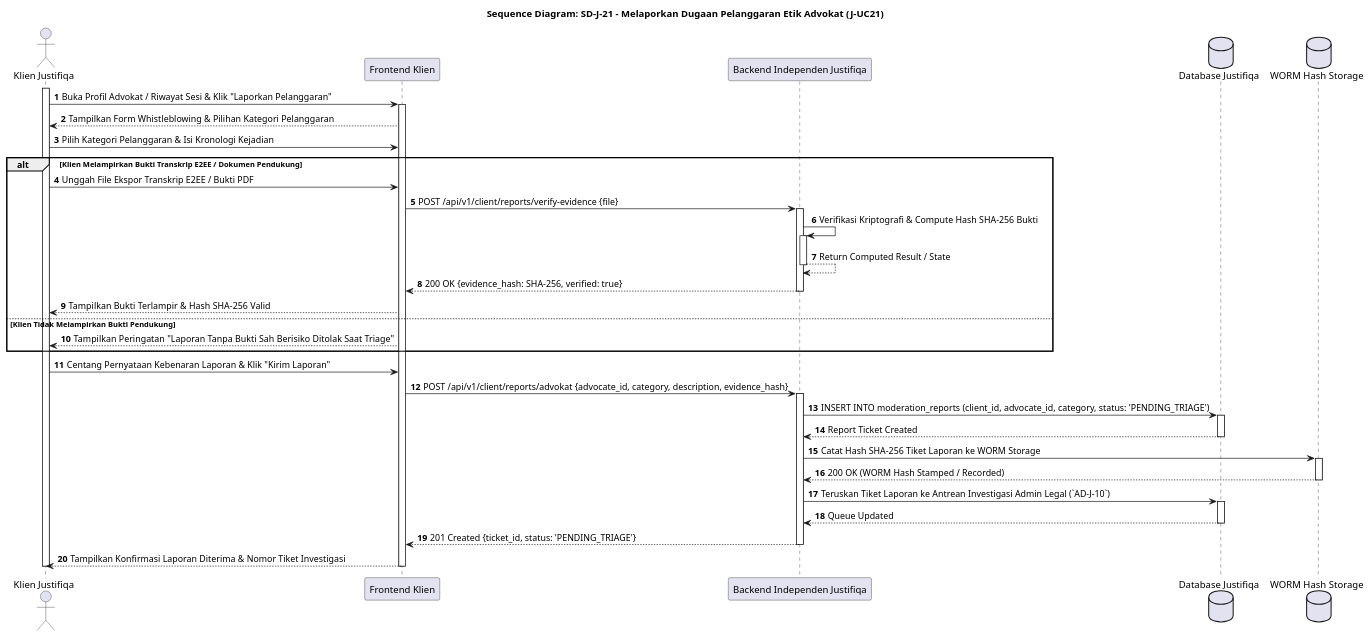
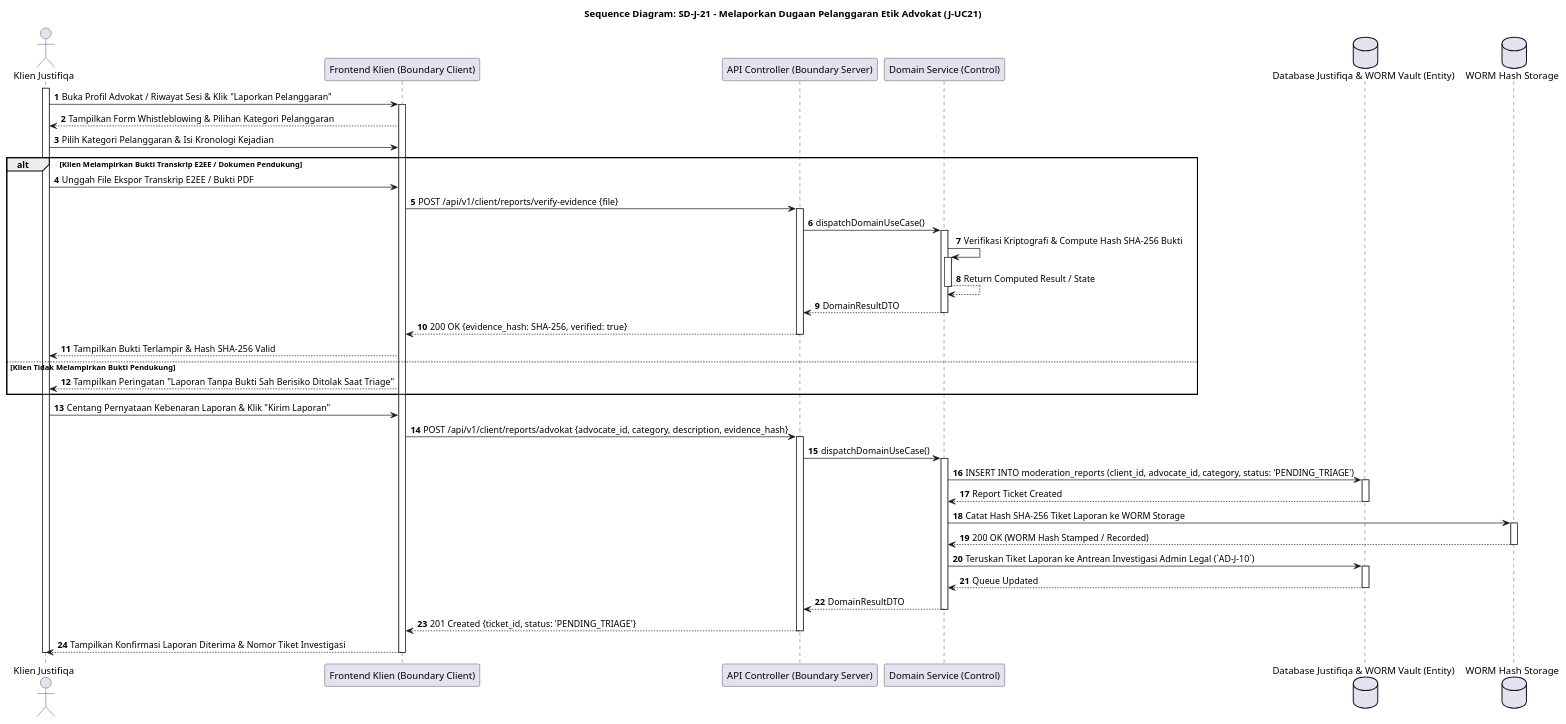
Diagram 14 of 28 in MarkDown/plantuml_sequence_diagrams.md (tupperwureism/SuperApp-Gagal), drawn with PlantUML before and after one commit. The commit also changed other lines of this file and 1 other file, not shown here.

Commit message:
refactor(sequence-diagrams): upgrade all 28 Sequence Diagrams to Component-Level 5-Lifeline BCE Architecture

````diff
--- a/MarkDown/plantuml_sequence_diagrams.md
+++ b/MarkDown/plantuml_sequence_diagrams.md
@@ -1112,40 +929,46 @@
 ```plantuml
 @startuml
 title Sequence Diagram: SD-J-21 - Melaporkan Dugaan Pelanggaran Etik Advokat (J-UC21)
 autonumber
 actor "Klien Justifiqa" as Klien
-participant "Frontend Klien" as FE
-participant "Backend Independen Justifiqa" as BE
-database "Database Justifiqa" as DB
+participant "Frontend Klien (Boundary Client)" as B_FE
+participant "API Controller (Boundary Server)" as B_BE
+participant "Domain Service (Control)" as C_Svc
+participant "Backend Independen Justifiqa" as C_Svc
+database "Database Justifiqa & WORM Vault (Entity)" as E_DB
 database "WORM Hash Storage" as WORM
 
 activate Klien
-Klien -> FE ++ : Buka Profil Advokat / Riwayat Sesi & Klik "Laporkan Pelanggaran"
-FE --> Klien : Tampilkan Form Whistleblowing & Pilihan Kategori Pelanggaran
-Klien -> FE : Pilih Kategori Pelanggaran & Isi Kronologi Kejadian
+Klien -> B_FE ++ : Buka Profil Advokat / Riwayat Sesi & Klik "Laporkan Pelanggaran"
+B_FE --> Klien : Tampilkan Form Whistleblowing & Pilihan Kategori Pelanggaran
+Klien -> B_FE : Pilih Kategori Pelanggaran & Isi Kronologi Kejadian
 
 alt Klien Melampirkan Bukti Transkrip E2EE / Dokumen Pendukung
-    Klien -> FE : Unggah File Ekspor Transkrip E2EE / Bukti PDF
-    FE -> BE ++ : POST /api/v1/client/reports/verify-evidence {file}
-    BE -> BE ++ : Verifikasi Kriptografi & Compute Hash SHA-256 Bukti
-    BE --> BE -- : Return Computed Result / State
-    BE --> FE -- : 200 OK {evidence_hash: SHA-256, verified: true}
-    FE --> Klien : Tampilkan Bukti Terlampir & Hash SHA-256 Valid
+    Klien -> B_FE : Unggah File Ekspor Transkrip E2EE / Bukti PDF
+    B_FE -> B_BE ++ : POST /api/v1/client/reports/verify-evidence {file}
+    B_BE -> C_Svc ++ : dispatchDomainUseCase()
+    C_Svc -> C_Svc ++ : Verifikasi Kriptografi & Compute Hash SHA-256 Bukti
+    C_Svc --> C_Svc -- : Return Computed Result / State
+    C_Svc --> B_BE -- : DomainResultDTO
+    B_BE --> B_FE -- : 200 OK {evidence_hash: SHA-256, verified: true}
+    B_FE --> Klien : Tampilkan Bukti Terlampir & Hash SHA-256 Valid
 else Klien Tidak Melampirkan Bukti Pendukung
-    FE --> Klien : Tampilkan Peringatan "Laporan Tanpa Bukti Sah Berisiko Ditolak Saat Triage"
+    B_FE --> Klien : Tampilkan Peringatan "Laporan Tanpa Bukti Sah Berisiko Ditolak Saat Triage"
 end
 
-Klien -> FE : Centang Pernyataan Kebenaran Laporan & Klik "Kirim Laporan"
-FE -> BE ++ : POST /api/v1/client/reports/advokat {advocate_id, category, description, evidence_hash}
-BE -> DB ++ : INSERT INTO moderation_reports (client_id, advocate_id, category, status: 'PENDING_TRIAGE')
-DB --> BE -- : Report Ticket Created
-BE -> WORM ++ : Catat Hash SHA-256 Tiket Laporan ke WORM Storage
-WORM --> BE -- : 200 OK (WORM Hash Stamped / Recorded)
-BE -> DB ++ : Teruskan Tiket Laporan ke Antrean Investigasi Admin Legal (`AD-J-10`)
-DB --> BE -- : Queue Updated
-BE --> FE -- : 201 Created {ticket_id, status: 'PENDING_TRIAGE'}
-FE --> Klien : Tampilkan Konfirmasi Laporan Diterima & Nomor Tiket Investigasi
-deactivate FE
+Klien -> B_FE : Centang Pernyataan Kebenaran Laporan & Klik "Kirim Laporan"
+B_FE -> B_BE ++ : POST /api/v1/client/reports/advokat {advocate_id, category, description, evidence_hash}
+    B_BE -> C_Svc ++ : dispatchDomainUseCase()
+C_Svc -> E_DB ++ : INSERT INTO moderation_reports (client_id, advocate_id, category, status: 'PENDING_TRIAGE')
+E_DB --> C_Svc -- : Report Ticket Created
+C_Svc -> WORM ++ : Catat Hash SHA-256 Tiket Laporan ke WORM Storage
+WORM --> C_Svc -- : 200 OK (WORM Hash Stamped / Recorded)
+C_Svc -> E_DB ++ : Teruskan Tiket Laporan ke Antrean Investigasi Admin Legal (`AD-J-10`)
+E_DB --> C_Svc -- : Queue Updated
+C_Svc --> B_BE -- : DomainResultDTO
+    B_BE --> B_FE -- : 201 Created {ticket_id, status: 'PENDING_TRIAGE'}
+B_FE --> Klien : Tampilkan Konfirmasi Laporan Diterima & Nomor Tiket Investigasi
+deactivate B_FE
 deactivate Klien
 @enduml
 ```
````
